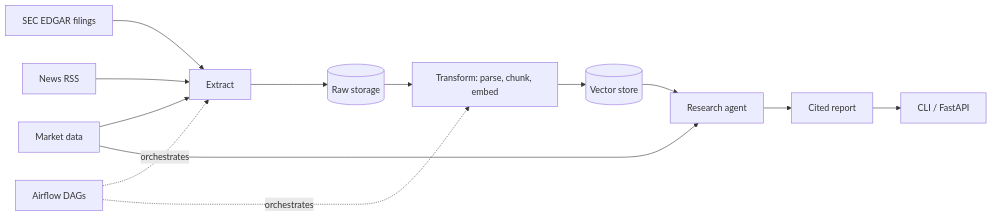
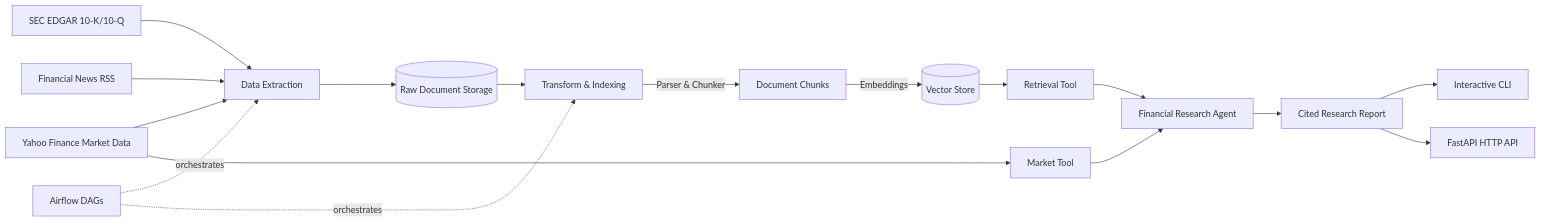
The diagram in README.md (ale-camer/financial-research-agent), drawn with Mermaid before and after one commit. The commit also changed other lines of this file and 3 other files, not shown here.

````diff
--- a/README.md
+++ b/README.md
@@ -9,15 +9,26 @@
 ```mermaid
 flowchart LR
-    SEC[SEC EDGAR filings] --> E
-    MKT[Market data] --> E
-    NEWS[News RSS] --> E
-    E[Extract] --> RAW[(Raw storage)]
-    RAW --> T[Transform: parse, chunk, embed]
-    T --> VS[(Vector store)]
-    VS --> A[Research agent]
-    MKT --> A
-    A --> R[Cited report]
-    R --> API[CLI / FastAPI]
+    SEC[SEC EDGAR 10-K/10-Q] --> E[Data Extraction]
+    MKT[Yahoo Finance Market Data] --> E
+    NEWS[Financial News RSS] --> E
+    
+    E --> RAW[(Raw Document Storage)]
+    
+    RAW --> T[Transform & Indexing]
+    T -->|Parser & Chunker| CHUNKS[Document Chunks]
+    CHUNKS -->|Embeddings| VS[(Vector Store)]
+    
+    VS --> RET[Retrieval Tool]
+    MKT --> MKT_TOOL[Market Tool]
+    
+    RET --> AGENT[Financial Research Agent]
+    MKT_TOOL --> AGENT
+    
+    AGENT --> REPORT[Cited Research Report]
+    
+    REPORT --> CLI[Interactive CLI]
+    REPORT --> API[FastAPI HTTP API]
+    
     AF[Airflow DAGs] -. orchestrates .-> E
     AF -. orchestrates .-> T
 ```
````
